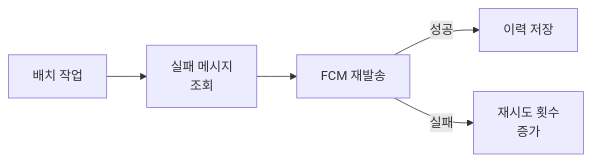
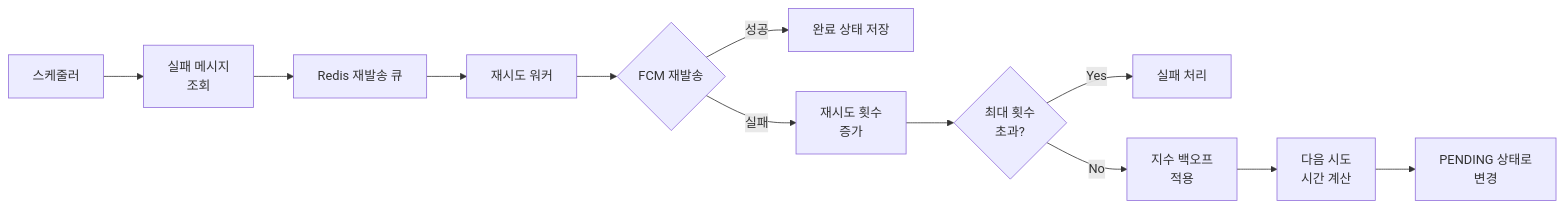
The second of 3 diagrams in README.md (leeys9423/perform-fcm), drawn with Mermaid before and after one commit. The commit also changed other lines of this file, not shown here.

````diff
--- a/README.md
+++ b/README.md
@@ -48,7 +47,14 @@
 ```mermaid
 flowchart LR
-    A[배치 작업] --> B[실패 메시지<br/>조회]
-    B --> C[FCM 재발송]
-    C -->|성공| D[이력 저장]
-    C -->|실패| E[재시도 횟수<br/>증가]
+    A[스케줄러] --> B[실패 메시지<br/>조회]
+    B --> C[Redis 재발송 큐]
+    C --> D[재시도 워커]
+    D --> E{FCM 재발송}
+    E -->|성공| F[완료 상태 저장]
+    E -->|실패| G[재시도 횟수<br/>증가]
+    G --> H{최대 횟수<br/>초과?}
+    H -->|Yes| I[실패 처리]
+    H -->|No| J[지수 백오프<br/>적용]
+    J --> K[다음 시도<br/>시간 계산]
+    K --> L[PENDING 상태로<br/>변경]
 ```
````
